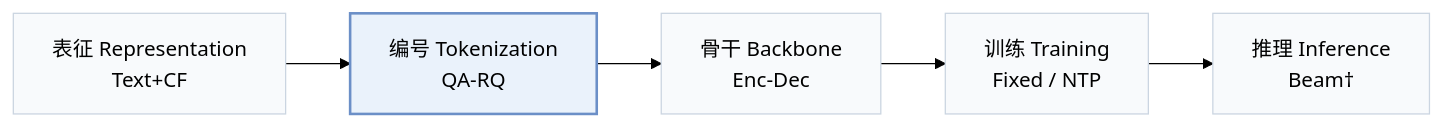
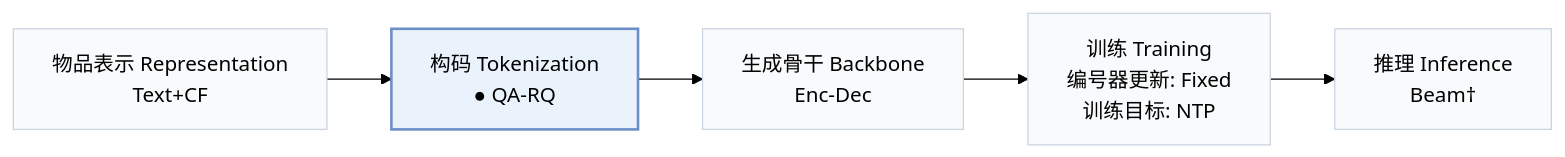
Before and after one commit to Galaxy-ghost/Awesome-SID-Generative-Rec: the first of 2 diagrams in pages/zh/papers/quasid.md, drawn with Mermaid (forest theme). The commit also changed other lines of this file and 558 other files, not shown here.

````diff
--- a/pages/zh/papers/quasid.md
+++ b/pages/zh/papers/quasid.md
@@ -15,8 +18,8 @@
 ```mermaid
 flowchart LR
-    R["表征 Representation<br/>Text+CF"] --> T["编号 Tokenization<br/>QA-RQ"] --> B["骨干 Backbone<br/>Enc-Dec"] --> TR["训练 Training<br/>Fixed / NTP"] --> I["推理 Inference<br/>Beam†"]
+    R["物品表示 Representation<br/>Text+CF"] --> T["构码 Tokenization<br/>● QA-RQ"] --> B["生成骨干 Backbone<br/>Enc-Dec"] --> TR["训练 Training<br/>编号器更新: Fixed<br/>训练目标: NTP"] --> I["推理 Inference<br/>Beam†"]
     classDef base fill:#f8fafc,stroke:#cbd5e1
     class R,T,B,TR,I base
     classDef main fill:#eaf2fb,stroke:#6b8fc7,stroke-width:2px
     class T main
 ```
````
